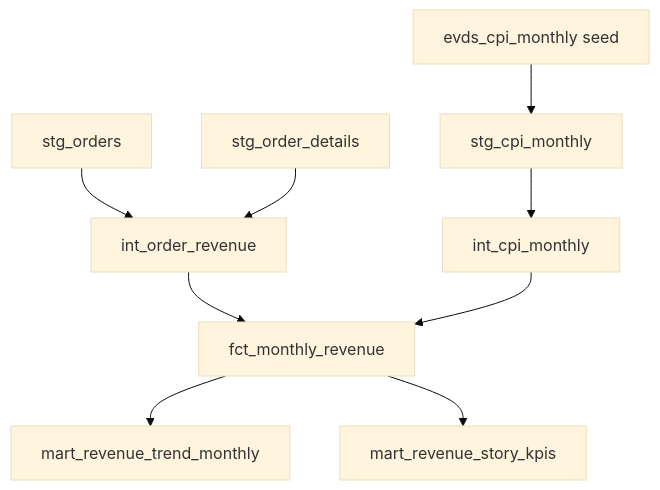
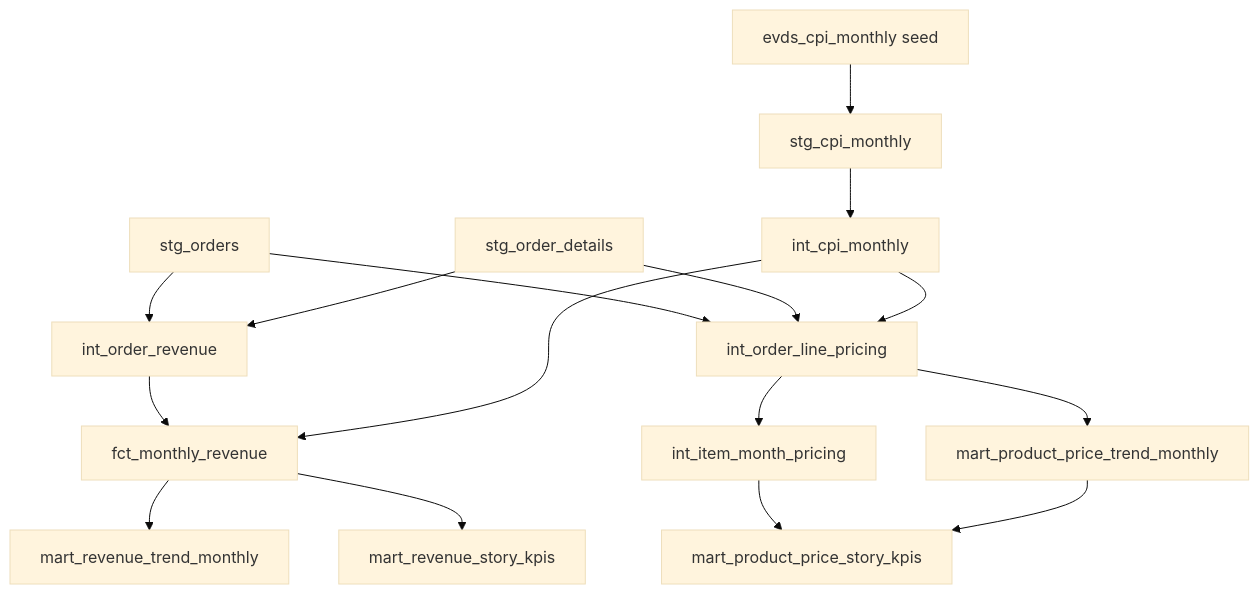
Before and after one commit to dorukalkan/3a-superstore-analysis: the diagram in docs/cpi_revenue_models.md, drawn with Mermaid (base theme). The commit also changed other lines of this file and 14 other files, not shown here.

Commit message:
add item price models

````diff
--- a/docs/cpi_revenue_models.md
+++ b/docs/cpi_revenue_models.md
@@ -15,11 +15,18 @@
 ```mermaid
 flowchart TD
     seed[evds_cpi_monthly seed] --> stg[stg_cpi_monthly]
     stg --> cpi[int_cpi_monthly]
     stg_orders[stg_orders] --> orders[int_order_revenue]
     stg_order_details[stg_order_details] --> orders
     orders[int_order_revenue] --> fact[fct_monthly_revenue]
     cpi --> fact
     fact --> trend[mart_revenue_trend_monthly]
     fact --> kpis[mart_revenue_story_kpis]
+    stg_orders --> pricing[int_order_line_pricing]
+    stg_order_details --> pricing
+    cpi --> pricing
+    pricing --> item_month[int_item_month_pricing]
+    pricing --> price_trend[mart_product_price_trend_monthly]
+    item_month --> price_kpis[mart_product_price_story_kpis]
+    price_trend --> price_kpis
 ```
````
